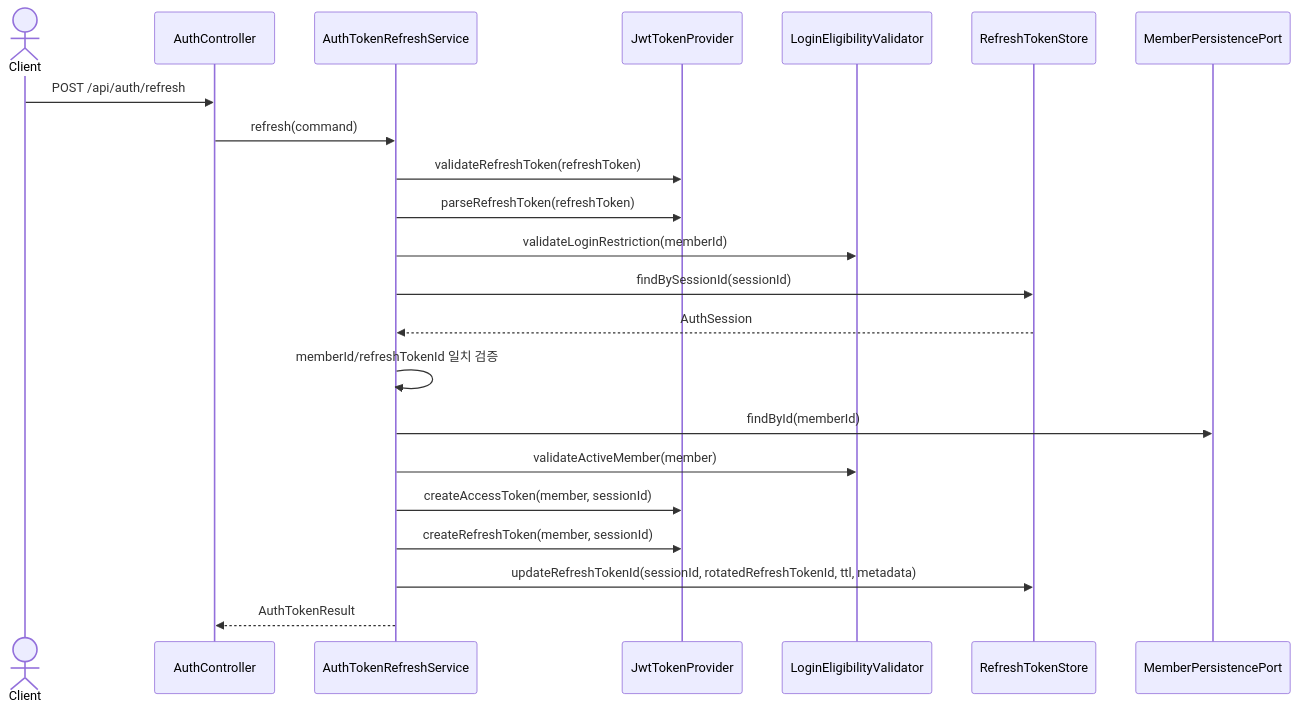
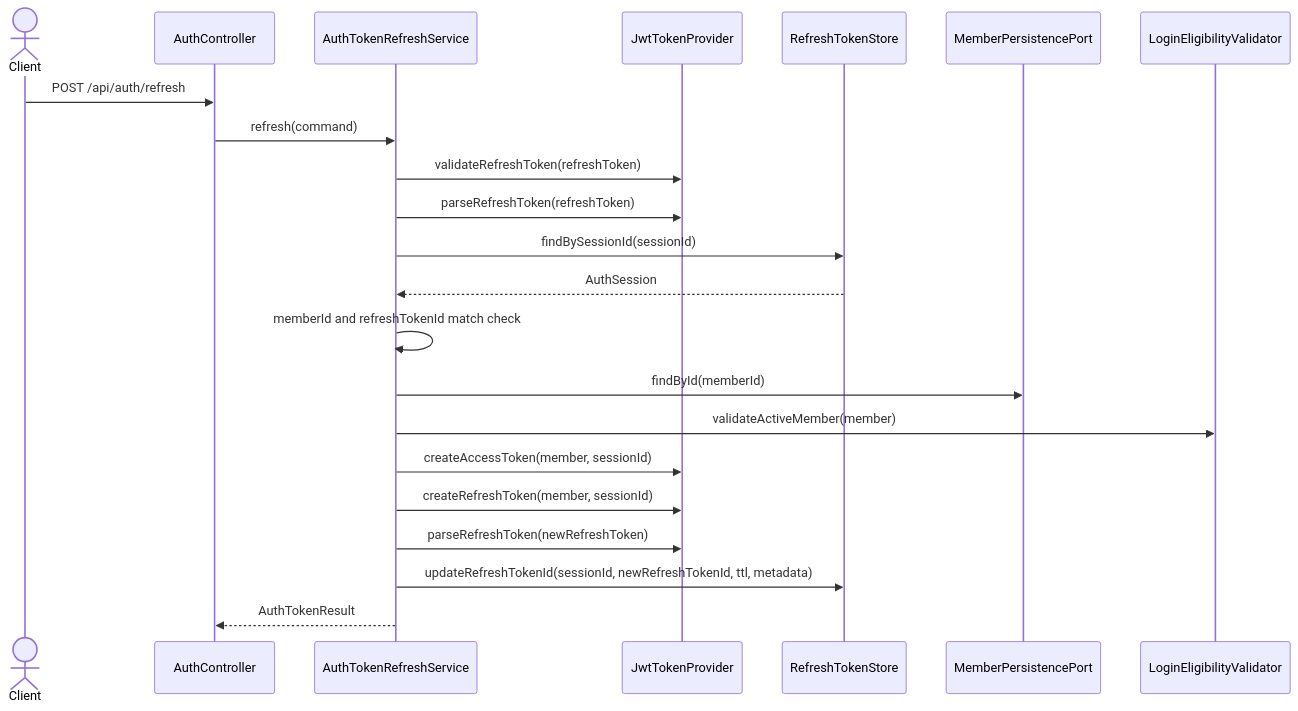
The second of 3 diagrams in docs/service/member/auth.md (sihoney/GoodsMall_BE), drawn with Mermaid before and after one commit. The commit also changed other lines of this file, not shown here.

First line of the commit message:
docs: member 인증 문서를 최신 구조에 맞게 갱신한다

````diff
--- a/docs/service/member/auth.md
+++ b/docs/service/member/auth.md
@@ -301,25 +156,25 @@
 ```mermaid
 sequenceDiagram
     actor Client
     participant Controller as AuthController
     participant Refresh as AuthTokenRefreshService
     participant Jwt as JwtTokenProvider
-    participant Eligibility as LoginEligibilityValidator
     participant Redis as RefreshTokenStore
     participant MemberRepo as MemberPersistencePort
+    participant Eligibility as LoginEligibilityValidator
 
     Client->>Controller: POST /api/auth/refresh
     Controller->>Refresh: refresh(command)
     Refresh->>Jwt: validateRefreshToken(refreshToken)
     Refresh->>Jwt: parseRefreshToken(refreshToken)
-    Refresh->>Eligibility: validateLoginRestriction(memberId)
     Refresh->>Redis: findBySessionId(sessionId)
     Redis-->>Refresh: AuthSession
-    Refresh->>Refresh: memberId/refreshTokenId 일치 검증
+    Refresh->>Refresh: memberId and refreshTokenId match check
     Refresh->>MemberRepo: findById(memberId)
     Refresh->>Eligibility: validateActiveMember(member)
     Refresh->>Jwt: createAccessToken(member, sessionId)
     Refresh->>Jwt: createRefreshToken(member, sessionId)
-    Refresh->>Redis: updateRefreshTokenId(sessionId, rotatedRefreshTokenId, ttl, metadata)
+    Refresh->>Jwt: parseRefreshToken(newRefreshToken)
+    Refresh->>Redis: updateRefreshTokenId(sessionId, newRefreshTokenId, ttl, metadata)
     Refresh-->>Controller: AuthTokenResult
 ```
````
